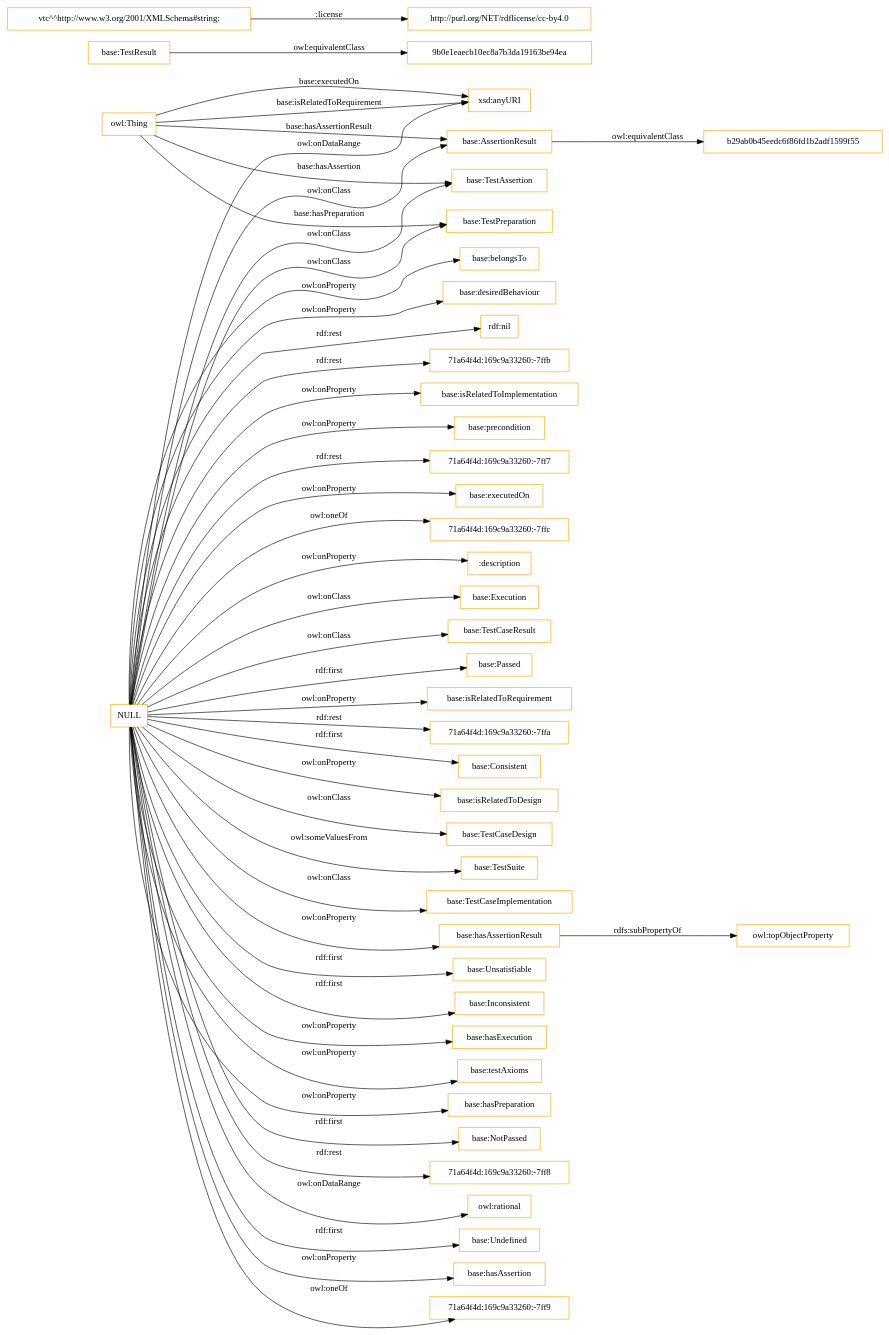
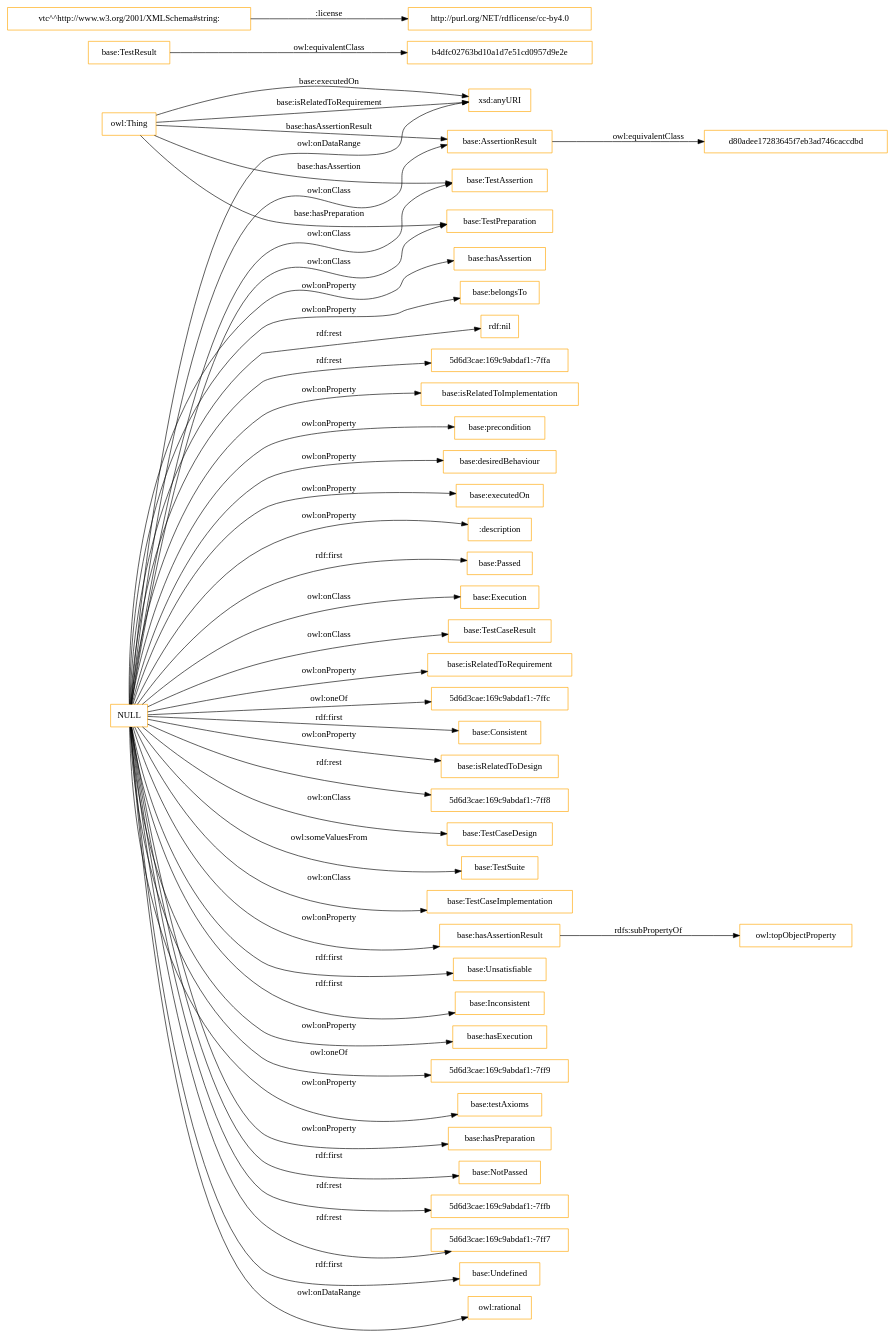
The diagram in OnToology/ontology/verification-test-description.ttl/diagrams/ar2dtool-class/verification-test-description.ttl.png.dot (albaizq/test-verification-ontology), drawn with Graphviz before and after one commit. The commit also changed 6 other files, not shown here.

```diff
--- a/OnToology/ontology/verification-test-description.ttl/diagrams/ar2dtool-class/verification-test-description.ttl.png.dot
+++ b/OnToology/ontology/verification-test-description.ttl/diagrams/ar2dtool-class/verification-test-description.ttl.png.dot
@@ -1,51 +1,51 @@
 digraph ar2dtool_diagram { 
 rankdir=LR;
 size="1501"
-node [shape = rectangle, color="orange"]; "base:Execution" "9b0e1eaecb10ec8a7b3da19163be94ea" "base:TestCaseResult" "base:AssertionResult" "base:TestResult" "base:TestCaseDesign" "base:TestSuite" "base:TestCaseImplementation" "base:TestAssertion" "base:TestPreparation" "b29ab0b45eedc6f86fd1b2adf1599f55" ; /*classes style*/
-	"base:AssertionResult" -> "b29ab0b45eedc6f86fd1b2adf1599f55" [ label = "owl:equivalentClass" ];
+node [shape = rectangle, color="orange"]; "base:Execution" "d80adee17283645f7eb3ad746caccdbd" "base:TestCaseResult" "b4dfc02763bd10a1d7e51cd0957d9e2e" "base:AssertionResult" "base:TestResult" "base:TestCaseDesign" "base:TestSuite" "base:TestCaseImplementation" "base:TestAssertion" "base:TestPreparation" ; /*classes style*/
+	"base:AssertionResult" -> "d80adee17283645f7eb3ad746caccdbd" [ label = "owl:equivalentClass" ];
 	"base:hasAssertionResult" -> "owl:topObjectProperty" [ label = "rdfs:subPropertyOf" ];
-	"base:TestResult" -> "9b0e1eaecb10ec8a7b3da19163be94ea" [ label = "owl:equivalentClass" ];
+	"base:TestResult" -> "b4dfc02763bd10a1d7e51cd0957d9e2e" [ label = "owl:equivalentClass" ];
 	"NULL" -> "base:Execution" [ label = "owl:onClass" ];
 	"NULL" -> "base:Unsatisfiable" [ label = "rdf:first" ];
 	"NULL" -> "base:TestCaseResult" [ label = "owl:onClass" ];
 	"NULL" -> "base:Inconsistent" [ label = "rdf:first" ];
 	"NULL" -> "base:hasExecution" [ label = "owl:onProperty" ];
+	"NULL" -> "5d6d3cae:169c9abdaf1:-7ff9" [ label = "owl:oneOf" ];
 	"NULL" -> "base:testAxioms" [ label = "owl:onProperty" ];
 	"NULL" -> "base:hasPreparation" [ label = "owl:onProperty" ];
 	"NULL" -> "base:NotPassed" [ label = "rdf:first" ];
+	"NULL" -> "5d6d3cae:169c9abdaf1:-7ffb" [ label = "rdf:rest" ];
 	"NULL" -> "base:TestCaseImplementation" [ label = "owl:onClass" ];
-	"NULL" -> "71a64f4d:169c9a33260:-7ff8" [ label = "rdf:rest" ];
+	"NULL" -> "5d6d3cae:169c9abdaf1:-7ff7" [ label = "rdf:rest" ];
+	"NULL" -> "base:Undefined" [ label = "rdf:first" ];
+	"NULL" -> "owl:rational" [ label = "owl:onDataRange" ];
 	"NULL" -> "base:TestPreparation" [ label = "owl:onClass" ];
-	"NULL" -> "owl:rational" [ label = "owl:onDataRange" ];
-	"NULL" -> "base:Undefined" [ label = "rdf:first" ];
 	"NULL" -> "base:hasAssertion" [ label = "owl:onProperty" ];
-	"NULL" -> "71a64f4d:169c9a33260:-7ff9" [ label = "owl:oneOf" ];
 	"NULL" -> "base:TestCaseDesign" [ label = "owl:onClass" ];
+	"NULL" -> "base:belongsTo" [ label = "owl:onProperty" ];
 	"NULL" -> "base:AssertionResult" [ label = "owl:onClass" ];
-	"NULL" -> "base:belongsTo" [ label = "owl:onProperty" ];
-	"NULL" -> "base:desiredBehaviour" [ label = "owl:onProperty" ];
 	"NULL" -> "rdf:nil" [ label = "rdf:rest" ];
-	"NULL" -> "71a64f4d:169c9a33260:-7ffb" [ label = "rdf:rest" ];
+	"NULL" -> "5d6d3cae:169c9abdaf1:-7ffa" [ label = "rdf:rest" ];
 	"NULL" -> "base:isRelatedToImplementation" [ label = "owl:onProperty" ];
 	"NULL" -> "base:precondition" [ label = "owl:onProperty" ];
-	"NULL" -> "71a64f4d:169c9a33260:-7ff7" [ label = "rdf:rest" ];
+	"NULL" -> "base:desiredBehaviour" [ label = "owl:onProperty" ];
 	"NULL" -> "base:executedOn" [ label = "owl:onProperty" ];
-	"NULL" -> "71a64f4d:169c9a33260:-7ffc" [ label = "owl:oneOf" ];
 	"NULL" -> ":description" [ label = "owl:onProperty" ];
 	"NULL" -> "base:hasAssertionResult" [ label = "owl:onProperty" ];
 	"NULL" -> "base:Passed" [ label = "rdf:first" ];
 	"NULL" -> "base:isRelatedToRequirement" [ label = "owl:onProperty" ];
+	"NULL" -> "5d6d3cae:169c9abdaf1:-7ffc" [ label = "owl:oneOf" ];
 	"NULL" -> "xsd:anyURI" [ label = "owl:onDataRange" ];
 	"NULL" -> "base:TestSuite" [ label = "owl:someValuesFrom" ];
-	"NULL" -> "71a64f4d:169c9a33260:-7ffa" [ label = "rdf:rest" ];
 	"NULL" -> "base:TestAssertion" [ label = "owl:onClass" ];
 	"NULL" -> "base:Consistent" [ label = "rdf:first" ];
 	"NULL" -> "base:isRelatedToDesign" [ label = "owl:onProperty" ];
+	"NULL" -> "5d6d3cae:169c9abdaf1:-7ff8" [ label = "rdf:rest" ];
 	"vtc^^http://www.w3.org/2001/XMLSchema#string:" -> "http://purl.org/NET/rdflicense/cc-by4.0" [ label = ":license" ];
 	"owl:Thing" -> "base:TestAssertion" [ label = "base:hasAssertion" ];
 	"owl:Thing" -> "base:TestPreparation" [ label = "base:hasPreparation" ];
 	"owl:Thing" -> "xsd:anyURI" [ label = "base:executedOn" ];
 	"owl:Thing" -> "base:AssertionResult" [ label = "base:hasAssertionResult" ];
 	"owl:Thing" -> "xsd:anyURI" [ label = "base:isRelatedToRequirement" ];
 
 }
```
